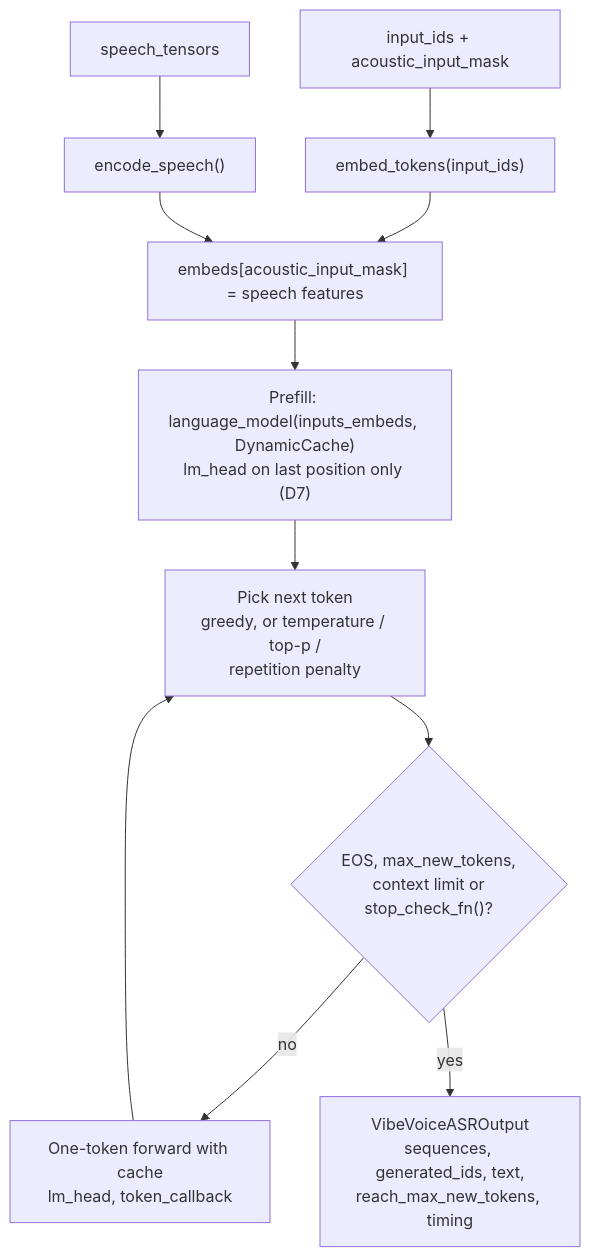
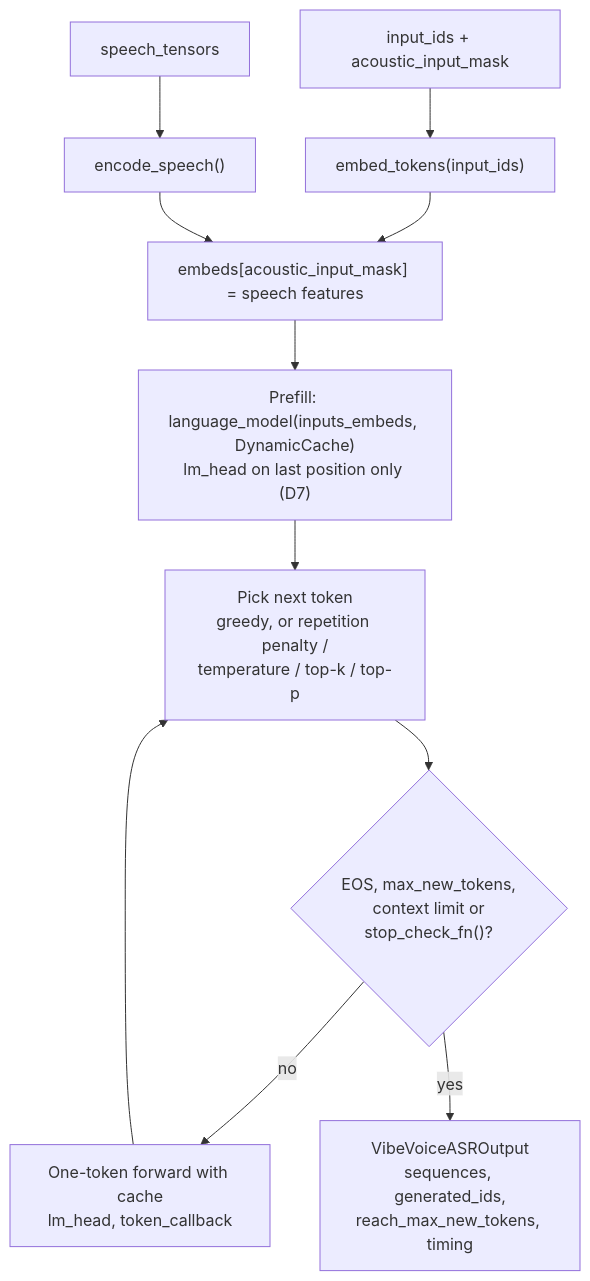
One commit to zhao-kun/VibeVoiceFusion changed the fourth of 4 diagrams in docs/vibevoice-asr-design.md. Above: the diagram before and after it, drawn with Mermaid. The commit also changed other lines of this file and 8 other files, not shown here.

````diff
--- a/docs/vibevoice-asr-design.md
+++ b/docs/vibevoice-asr-design.md
@@ -193,13 +192,13 @@
 ```mermaid
 flowchart TD
     ids["input_ids + acoustic_input_mask"] --> emb["embed_tokens(input_ids)"]
     sp["speech_tensors"] --> enc["encode_speech()"]
     emb --> splice["embeds[acoustic_input_mask] = speech features"]
     enc --> splice
     splice --> prefill["Prefill: language_model(inputs_embeds, DynamicCache)<br/>lm_head on last position only (D7)"]
-    prefill --> pick["Pick next token<br/>greedy, or temperature / top-p /<br/>repetition penalty"]
+    prefill --> pick["Pick next token<br/>greedy, or repetition penalty /<br/>temperature / top-k / top-p"]
     pick --> stop{"EOS, max_new_tokens,<br/>context limit or<br/>stop_check_fn()?"}
     stop -- no --> step["One-token forward with cache<br/>lm_head, token_callback"]
     step --> pick
-    stop -- yes --> result["VibeVoiceASROutput<br/>sequences, generated_ids, text,<br/>reach_max_new_tokens, timing"]
+    stop -- yes --> result["VibeVoiceASROutput<br/>sequences, generated_ids,<br/>reach_max_new_tokens, timing"]
 ```
````
